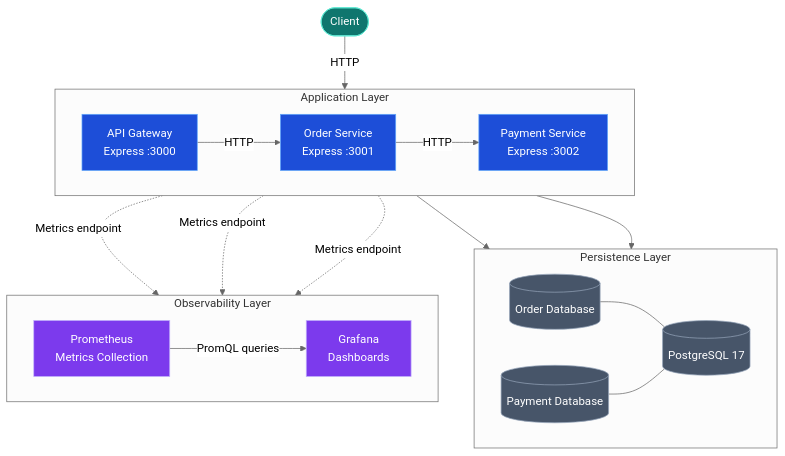
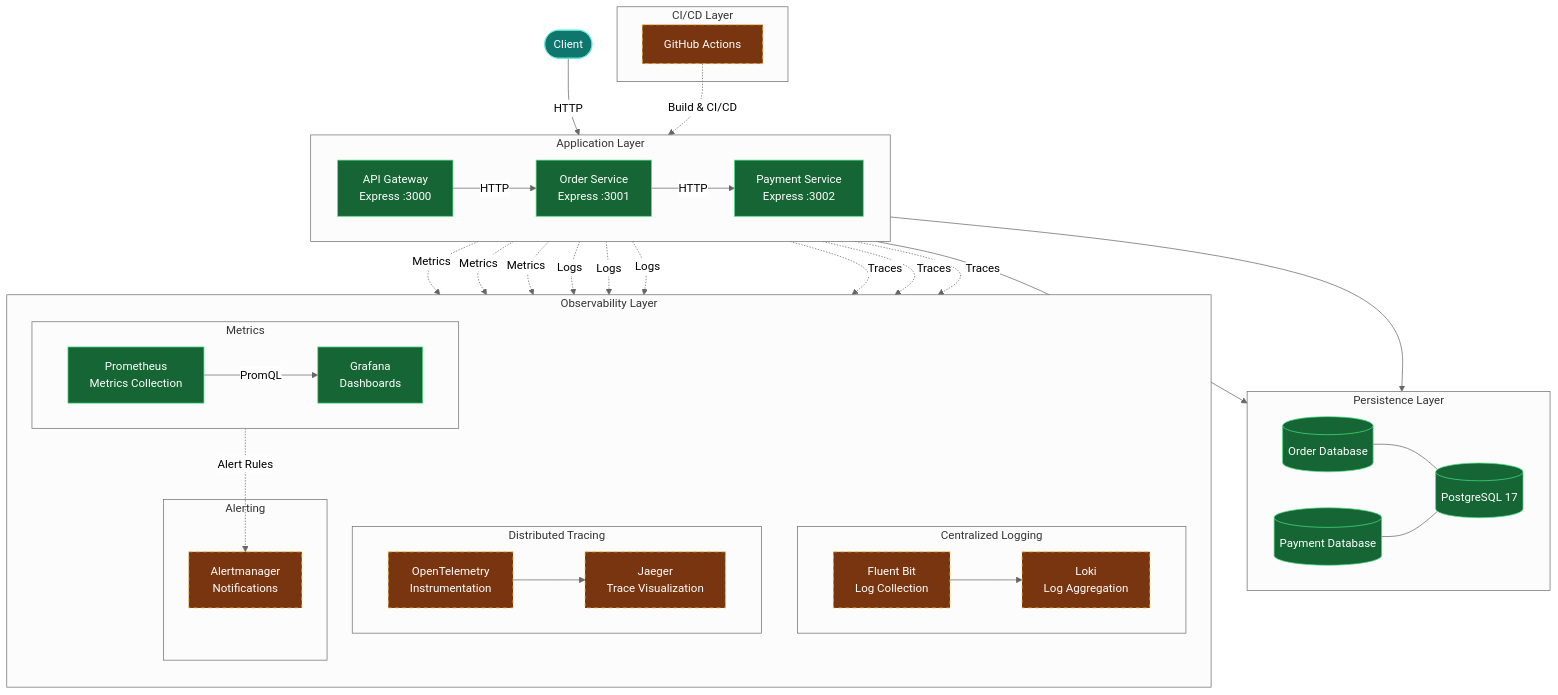
Before and after one commit to aliaagamall/pulsetrace: the diagram in README.md, drawn with Mermaid (neutral theme). The commit also changed other lines of this file, not shown here.

Commit message:
docs(readme): update architecture diagram and project roadmap

````diff
--- a/README.md
+++ b/README.md
@@ -25,6 +29,10 @@
 ```mermaid
 flowchart TB
     Client([Client])
+
+    subgraph CI["CI/CD Layer"]
+        GHA["GitHub Actions"]
+    end
 
     subgraph Application["Application Layer"]
         direction LR
@@ -47,11 +55,32 @@
     end
 
     subgraph Observability["Observability Layer"]
-        direction LR
-        Prometheus["Prometheus<br/>Metrics Collection"]
-        Grafana["Grafana<br/>Dashboards"]
+        direction TB
 
-        Prometheus -->|PromQL queries| Grafana
+        subgraph Metrics["Metrics"]
+            direction LR
+            Prometheus["Prometheus<br/>Metrics Collection"]
+            Grafana["Grafana<br/>Dashboards"]
+            Prometheus -->|PromQL| Grafana
+        end
+
+        subgraph Logging["Centralized Logging"]
+            direction LR
+            FluentBit["Fluent Bit<br/>Log Collection"]
+            Loki["Loki<br/>Log Aggregation"]
+            FluentBit --> Loki
+        end
+
+        subgraph Tracing["Distributed Tracing"]
+            direction LR
+            OTel["OpenTelemetry<br/>Instrumentation"]
+            Jaeger["Jaeger<br/>Trace Visualization"]
+            OTel --> Jaeger
+        end
+
+        subgraph Alerting["Alerting"]
+            Alertmanager["Alertmanager<br/>Notifications"]
+        end
     end
 
     Client -->|HTTP| Gateway
@@ -59,17 +88,27 @@
     Order --> OrderDB
     Payment --> PaymentDB
 
-    Gateway -.->|Metrics endpoint| Prometheus
-    Order -.->|Metrics endpoint| Prometheus
-    Payment -.->|Metrics endpoint| Prometheus
+    Gateway -.->|Metrics| Prometheus
+    Order -.->|Metrics| Prometheus
+    Payment -.->|Metrics| Prometheus
 
-    classDef app fill:#1d4ed8,stroke:#60a5fa,color:#fff
-    classDef database fill:#475569,stroke:#94a3b8,color:#fff
-    classDef monitoring fill:#7c3aed,stroke:#c4b5fd,color:#fff
+    Gateway -.->|Logs| FluentBit
+    Order -.->|Logs| FluentBit
+    Payment -.->|Logs| FluentBit
+
+    Gateway -.->|Traces| OTel
+    Order -.->|Traces| OTel
+    Payment -.->|Traces| OTel
+
+    Prometheus -.->|Alert Rules| Alertmanager
+
+    GHA -.->|Build & CI/CD| Application
+
+    classDef implemented fill:#166534,stroke:#4ade80,color:#fff
+    classDef planned fill:#78350f,stroke:#fbbf24,color:#fff,stroke-dasharray:5 5
     classDef client fill:#0f766e,stroke:#5eead4,color:#fff
 
-    class Gateway,Order,Payment app
-    class OrderDB,PaymentDB,PostgreSQL database
-    class Prometheus,Grafana monitoring
+    class Gateway,Order,Payment,OrderDB,PaymentDB,PostgreSQL,Prometheus,Grafana implemented
+    class FluentBit,Loki,OTel,Jaeger,Alertmanager,GHA planned
     class Client client
 ```
````
